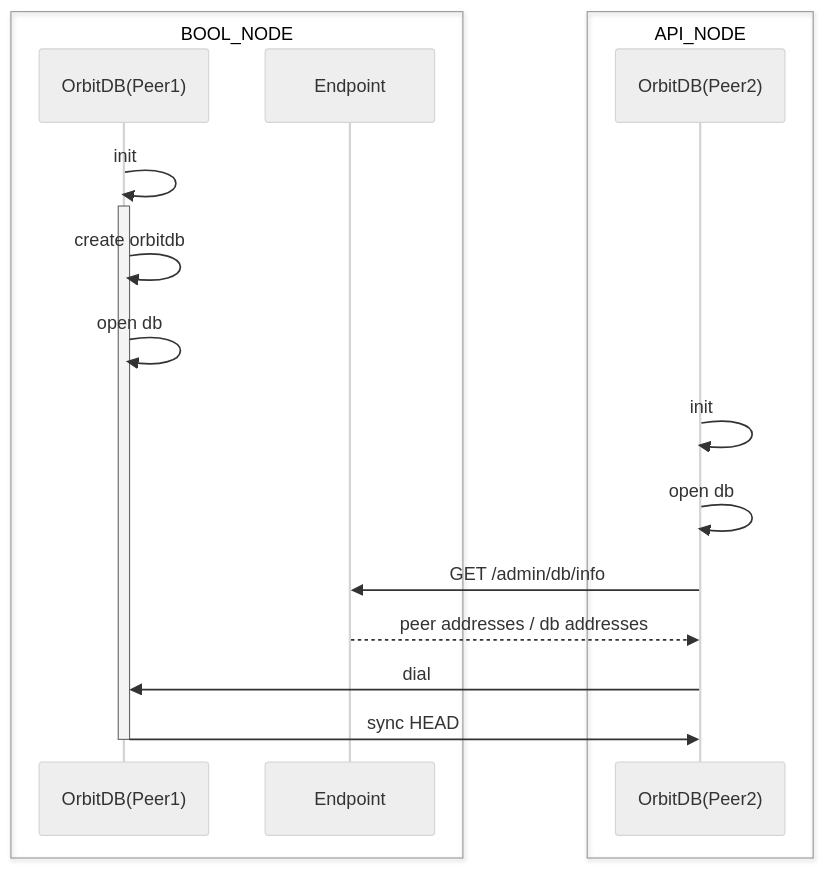
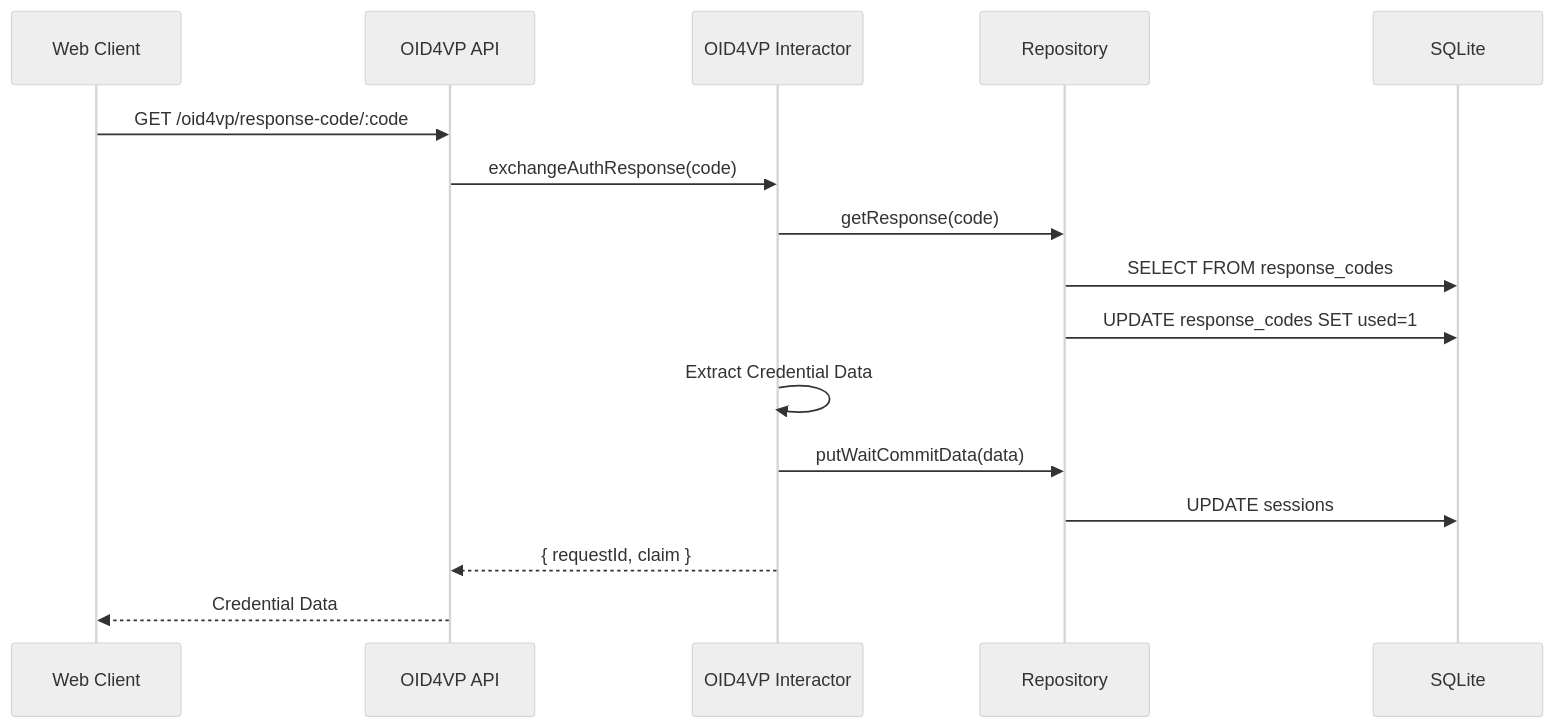
Before and after one commit to OWND-Project/OWND-Project-VP: the fourth of 4 diagrams in docs/architecture.md, drawn with Mermaid (neutral theme). The commit also changed other lines of this file and 4 other files, not shown here.

First line of the commit message:
docs: update core documentation to reflect OID4VP Verifier architecture

````diff
--- a/docs/architecture.md
+++ b/docs/architecture.md
@@ -35,25 +202,19 @@
 ```mermaid
 sequenceDiagram
-	box BOOL_NODE
-        participant p1 as OrbitDB(Peer1)
-        participant api1 as Endpoint
-    end
-    box API_NODE
-        participant p2 as OrbitDB(Peer2)
-    end
+    participant Client as Web Client
+    participant API as OID4VP API
+    participant Interactor as OID4VP Interactor
+    participant Repo as Repository
+    participant DB as SQLite
 
-    p1->>p1: init
-    activate p1
-    
-    p1->>p1: create orbitdb
-    p1->>p1: open db
-
-    p2->>p2: init
-    p2->>p2: open db
-    p2->>api1: GET /admin/db/info
-	api1-->>p2: peer addresses / db addresses
-    p2->>p1: dial
-    p1->>p2: sync HEAD
-    
-    deactivate p1
+    Client->>API: GET /oid4vp/response-code/:code
+    API->>Interactor: exchangeAuthResponse(code)
+    Interactor->>Repo: getResponse(code)
+    Repo->>DB: SELECT FROM response_codes
+    Repo->>DB: UPDATE response_codes SET used=1
+    Interactor->>Interactor: Extract Credential Data
+    Interactor->>Repo: putWaitCommitData(data)
+    Repo->>DB: UPDATE sessions
+    Interactor-->>API: { requestId, claim }
+    API-->>Client: Credential Data
 ```
````
